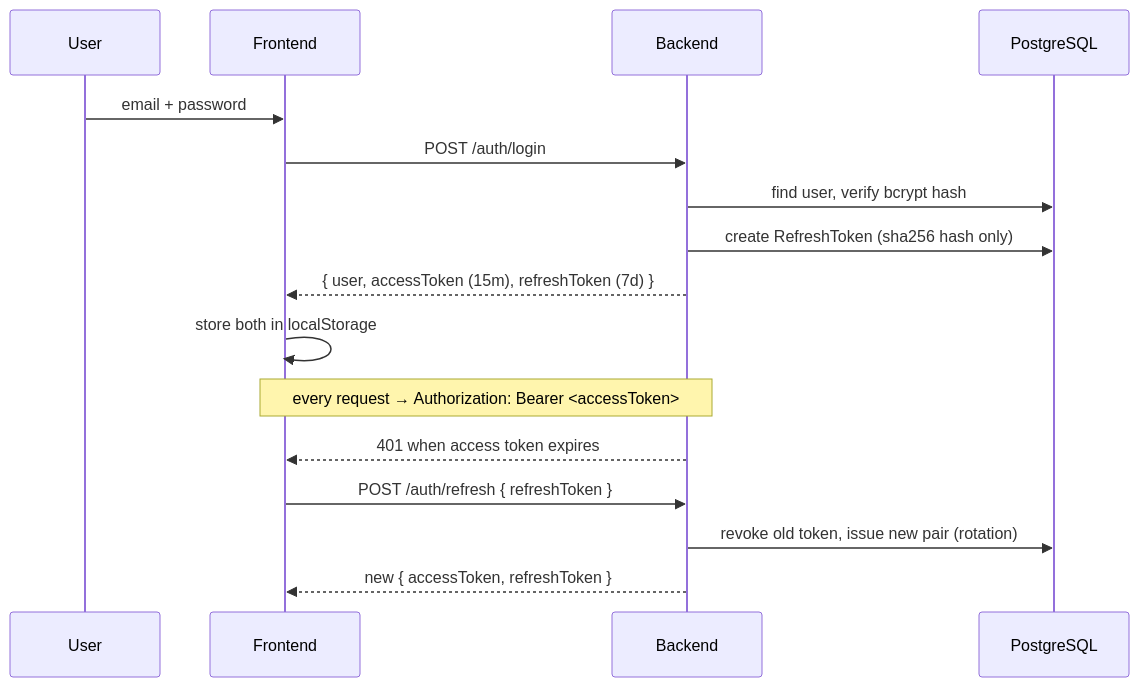
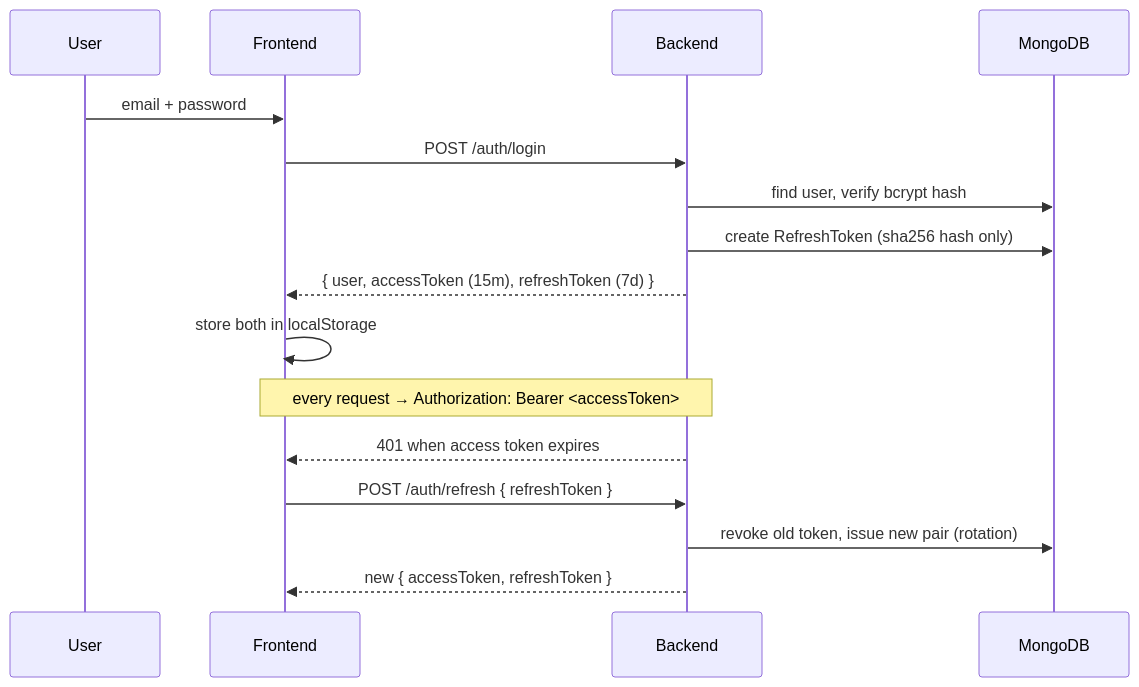
The diagram in docs/workflows/01-authentication.md (SamarthKapoor1721/Roomora-), drawn with Mermaid before and after one commit. The commit also changed other lines of this file and 63 other files, not shown here.

````diff
--- a/docs/workflows/01-authentication.md
+++ b/docs/workflows/01-authentication.md
@@ -11,19 +11,19 @@
 ```mermaid
 sequenceDiagram
   participant U as User
   participant FE as Frontend
   participant API as Backend
-  participant DB as PostgreSQL
+  participant DB as MongoDB
 
   U->>FE: email + password
   FE->>API: POST /auth/login
   API->>DB: find user, verify bcrypt hash
   API->>DB: create RefreshToken (sha256 hash only)
   API-->>FE: { user, accessToken (15m), refreshToken (7d) }
   FE->>FE: store both in localStorage
   Note over FE,API: every request → Authorization: Bearer <accessToken>
   API-->>FE: 401 when access token expires
   FE->>API: POST /auth/refresh { refreshToken }
   API->>DB: revoke old token, issue new pair (rotation)
   API-->>FE: new { accessToken, refreshToken }
 ```
````
